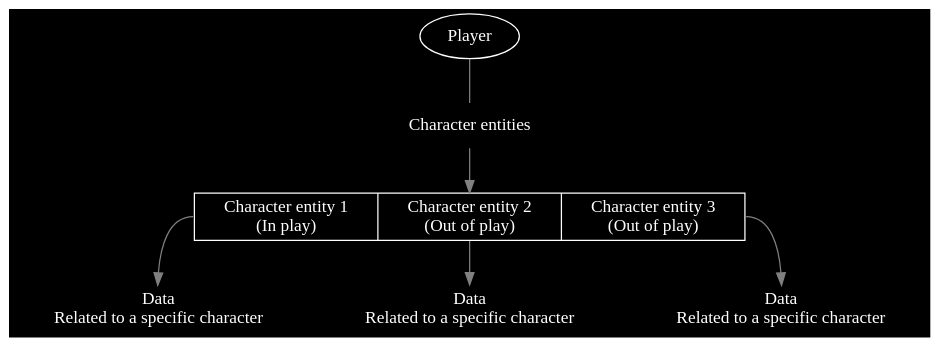
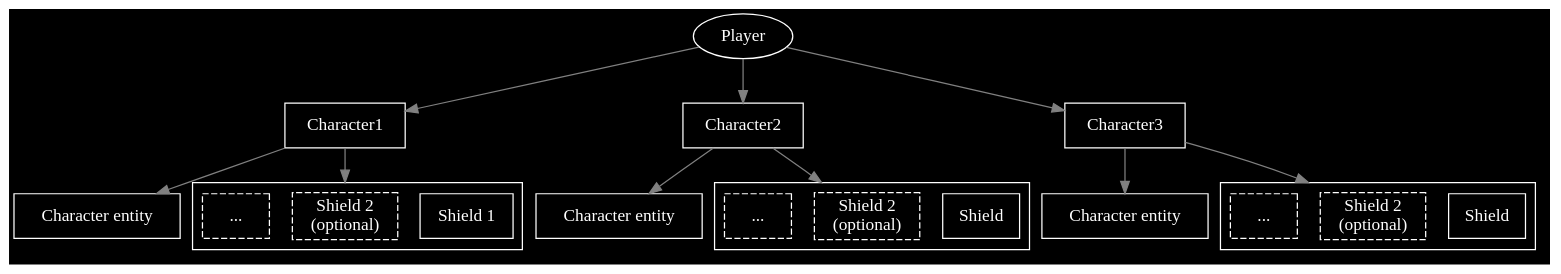
Before and after one commit to Alt-Org/Altzone: the fifth of 9 diagrams in Doc/Doxygen/Battle/additional-documentation/pages/1-concepts-player-.md, drawn with Graphviz. The commit also changed other lines of this file and 4 other files, not shown here.

````diff
--- a/Doc/Doxygen/Battle/additional-documentation/pages/1-concepts-player-.md
+++ b/Doc/Doxygen/Battle/additional-documentation/pages/1-concepts-player-.md
@@ -227,26 +230,45 @@
 ```dot
 digraph PlayerCharacterEntities {
   color=white;
   fontcolor=white;
   bgcolor=black;
+  compound=true;
 
   node [shape=box, style=filled, color=white, fontcolor=white, fillcolor=black];
   edge [color=gray];
 
   Player              [label="Player", shape=ellipse];
-  CharacterEntities   [label="Character entities", color="transparent"];
-  CharacterEntityList [label="<0> Character entity 1\n(In play) | <1> Character entity 2\n(Out of play) | <2> Character entity 3\n(Out of play)", shape=record];
+  Character1          [label="Character1"];
+  Character2          [label="Character2"];
+  Character3          [label="Character3"];
+  CharacterEntity1    [label="Character entity"];
+  CharacterEntity2    [label="Character entity"];
+  CharacterEntity3    [label="Character entity"];
 
-  node [color="transparent"];
+  subgraph cluster_shield_group_1{
+    G1_Shield1 [label="Shield 1", style=solid];
+    G1_Shield2 [label="Shield 2\n(optional)", style=dashed];
+    G1_Shield3 [label="...", style=dashed];
+  }
 
-  CharacterData1      [label="Data\nRelated to a specific character"];
-  CharacterData2      [label="Data\nRelated to a specific character"];
-  CharacterData3      [label="Data\nRelated to a specific character"];
+  subgraph cluster_shield_group_2{
+    G2_Shield1 [label="Shield", style=solid];
+    G2_Shield2 [label="Shield 2\n(optional)", style=dashed];
+    G2_Shield3 [label="...", style=dashed];
+  }
 
-  Player -> CharacterEntities [dir=none];
-  CharacterEntities -> CharacterEntityList;
-  CharacterEntityList:0 -> CharacterData1;
-  CharacterEntityList:1 -> CharacterData2;
-  CharacterEntityList:2 -> CharacterData3;
+  subgraph cluster_shield_group_3{
+    G3_Shield1 [label="Shield", style=solid];
+    G3_Shield2 [label="Shield 2\n(optional)", style=dashed];
+    G3_Shield3 [label="...", style=dashed];
+  }
+
+  Player -> Character1, Character2, Character3;
+  Character1 -> CharacterEntity1;
+  Character2 -> CharacterEntity2;
+  Character3 -> CharacterEntity3;
+  Character1 -> G1_Shield2 [lhead=cluster_shield_group_1];
+  Character2 -> G2_Shield2 [lhead=cluster_shield_group_2];
+  Character3 -> G3_Shield2 [lhead=cluster_shield_group_3];
 }
 ```
````
